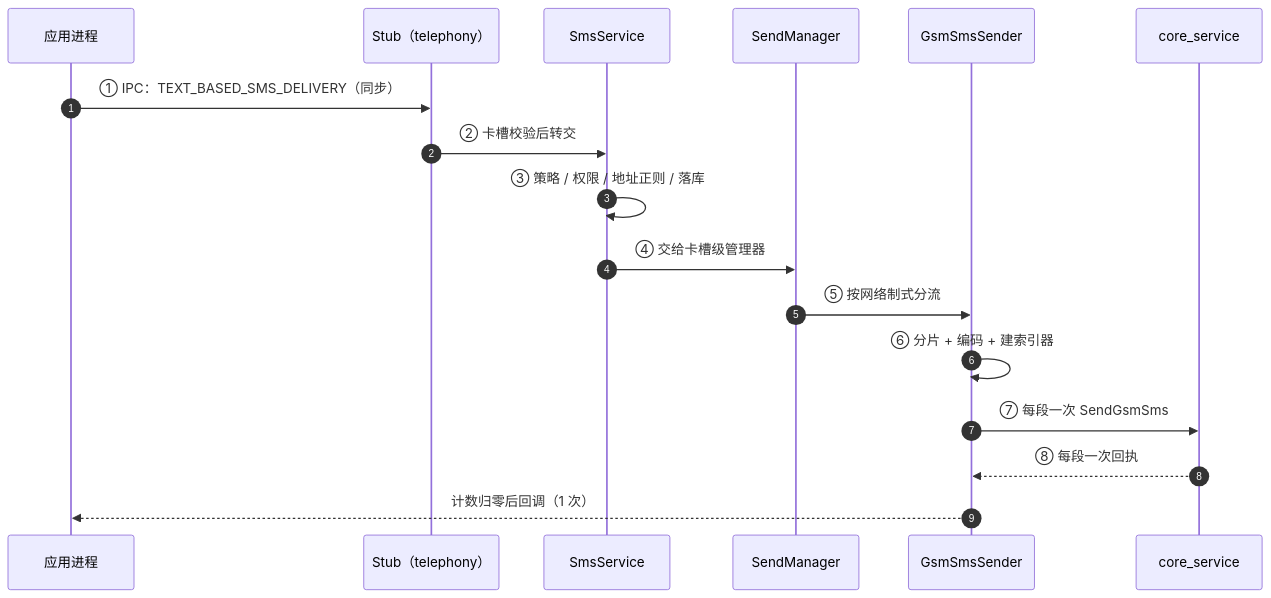
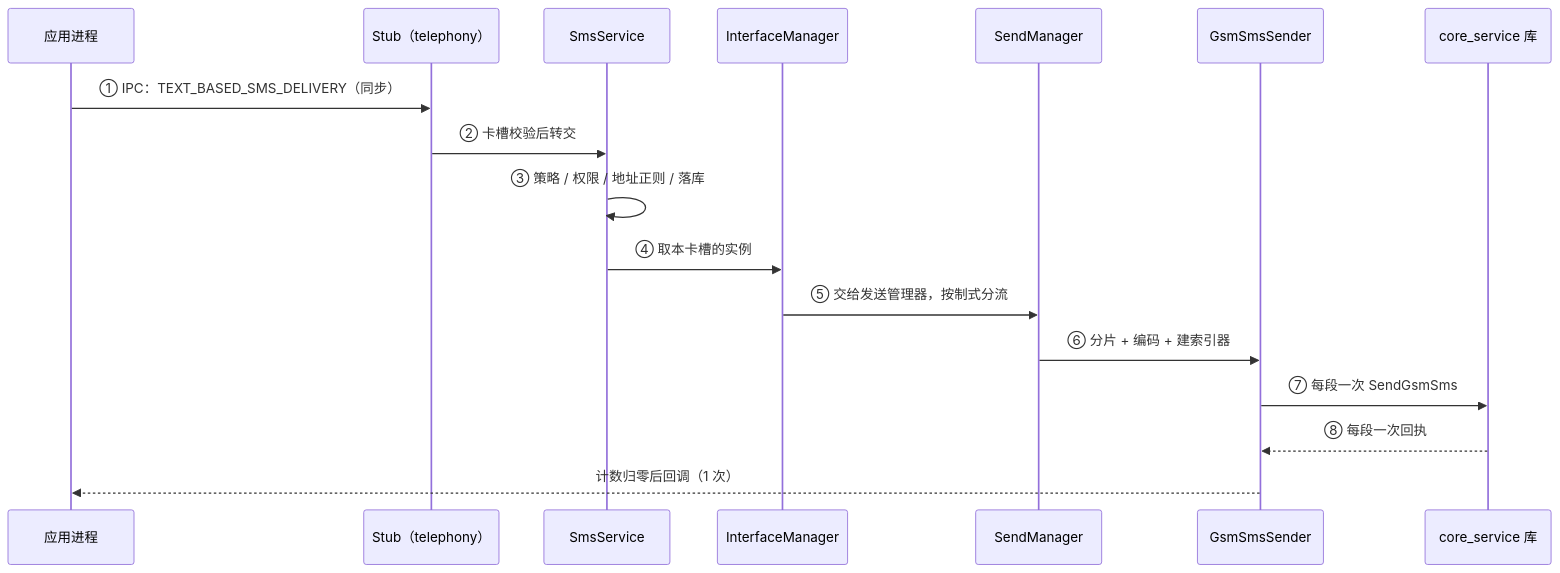
One commit to hjl12345/OpneHarmonyTeamWork changed the fifth of 11 diagrams in report_work/G12_sms_mms/汇报脚本.md. Above: the diagram before and after it, drawn with Mermaid. The commit also changed other lines of this file and 15 other files, not shown here.

````diff
--- a/report_work/G12_sms_mms/汇报脚本.md
+++ b/report_work/G12_sms_mms/汇报脚本.md
@@ -320,19 +378,19 @@
 ```mermaid
 sequenceDiagram
-    autonumber
     participant App as 应用进程
     participant Stub as Stub（telephony）
     participant Svc as SmsService
+    participant IM as InterfaceManager
     participant SM as SendManager
     participant GS as GsmSmsSender
-    participant RIL as core_service
+    participant RIL as core_service 库
     App->>Stub: ① IPC：TEXT_BASED_SMS_DELIVERY（同步）
     Stub->>Svc: ② 卡槽校验后转交
     Svc->>Svc: ③ 策略 / 权限 / 地址正则 / 落库
-    Svc->>SM: ④ 交给卡槽级管理器
-    SM->>GS: ⑤ 按网络制式分流
-    GS->>GS: ⑥ 分片 + 编码 + 建索引器
+    Svc->>IM: ④ 取本卡槽的实例
+    IM->>SM: ⑤ 交给发送管理器，按制式分流
+    SM->>GS: ⑥ 分片 + 编码 + 建索引器
     GS->>RIL: ⑦ 每段一次 SendGsmSms
     RIL-->>GS: ⑧ 每段一次回执
     GS-->>App: 计数归零后回调（1 次）
 ```
````
